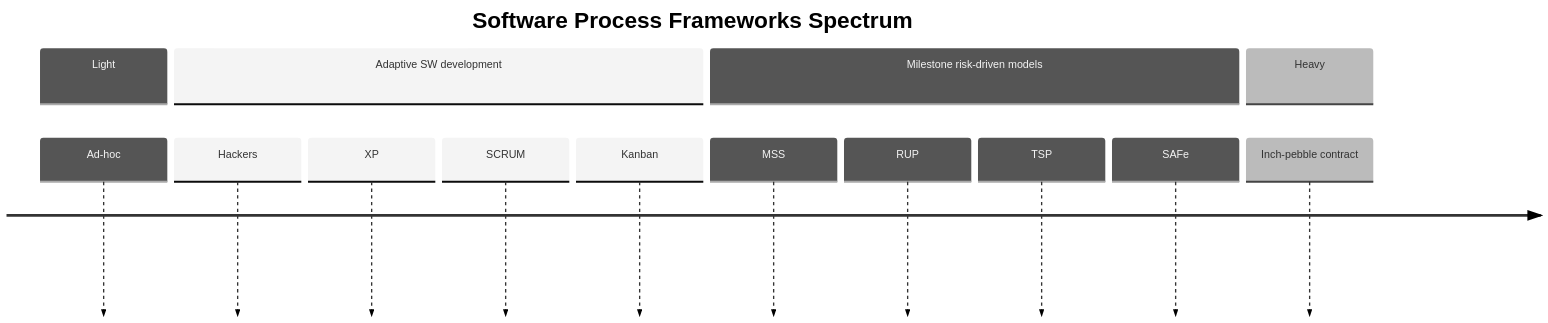
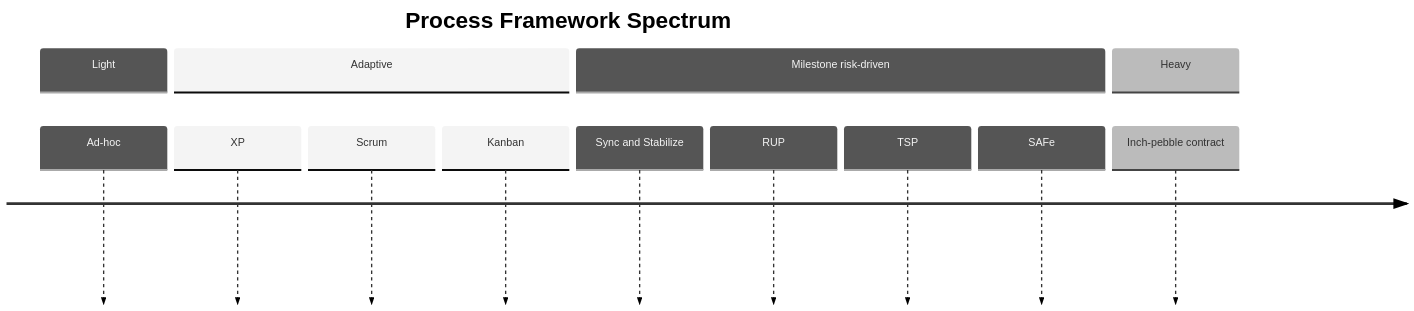
The diagram in content/proc/frameworks/index.md (msdbok/msdbok.github.io), drawn with Mermaid (neutral theme) before and after one commit. The commit also changed other lines of this file and 30 other files, not shown here.

````diff
--- a/content/proc/frameworks/index.md
+++ b/content/proc/frameworks/index.md
@@ -12,19 +18,17 @@
 ```mermaid
 timeline
-    title Software Process Frameworks Spectrum
+    title Process Framework Spectrum
     section Light
       Ad-hoc
-    section Adaptive SW development
-      Hackers
+    section Adaptive
       XP
-      SCRUM
+      Scrum
       Kanban
-    section Milestone risk-driven models
-      MSS
+    section Milestone risk-driven
+      Sync and Stabilize
       RUP
       TSP
-	  SAFe
+      SAFe
     section Heavy
       Inch-pebble contract
-
 ```
````
